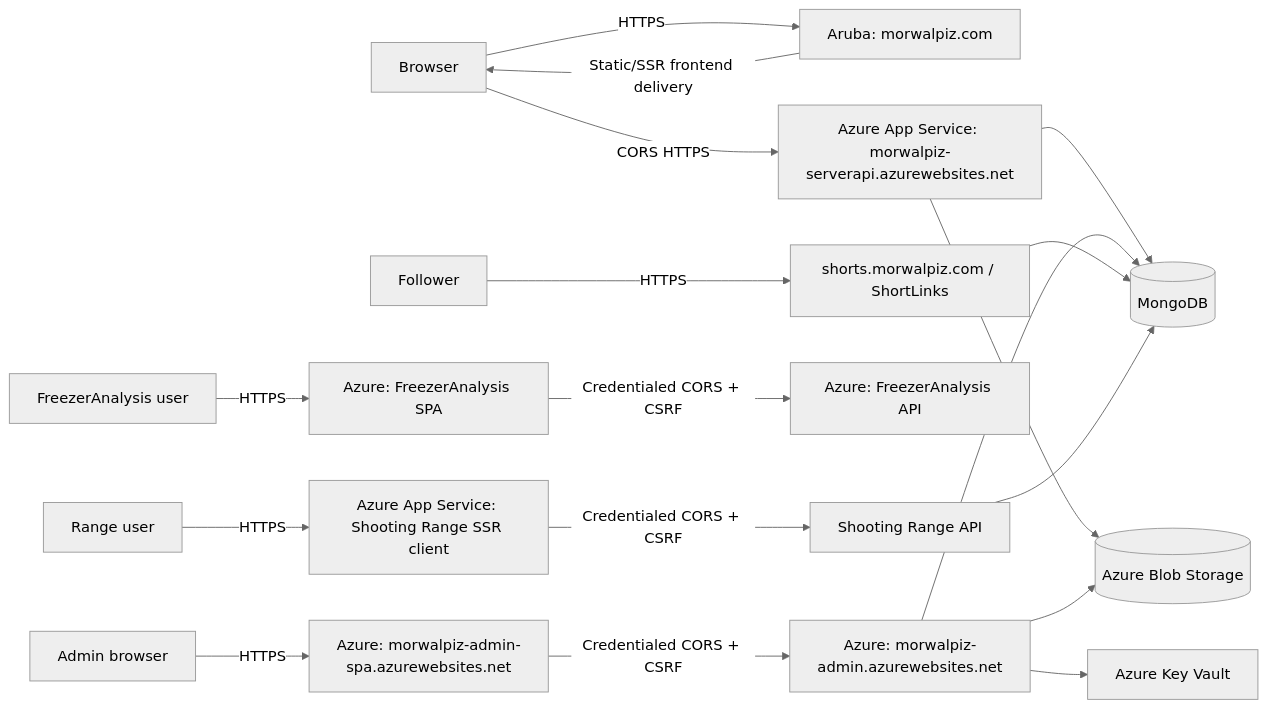
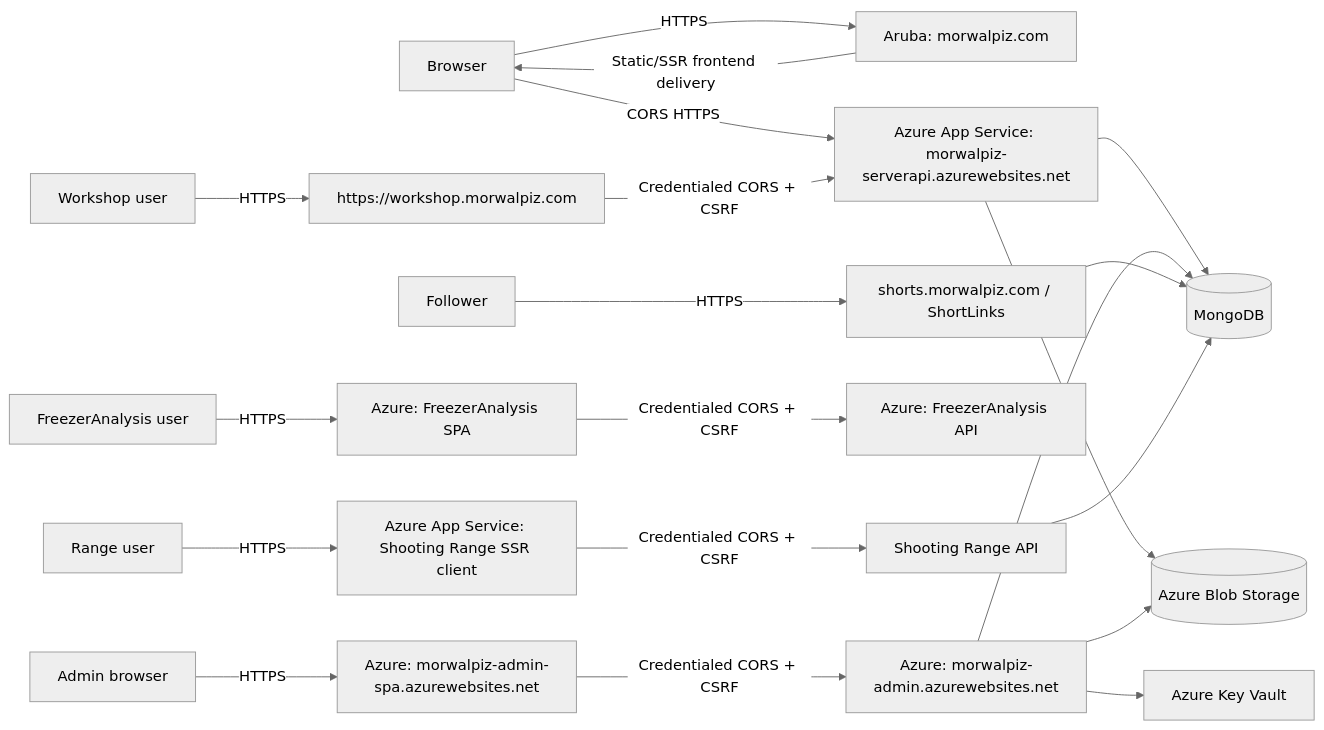
The diagram in docs/architecture/deployment.md (morganpizzini/MorWalPizVideo), drawn with Mermaid (neutral theme) before and after one commit. The commit also changed other lines of this file and 58 other files, not shown here.

````diff
--- a/docs/architecture/deployment.md
+++ b/docs/architecture/deployment.md
@@ -5,20 +5,22 @@
 ```mermaid
 flowchart LR
     Browser[Browser] -->|HTTPS| Aruba[Aruba: morwalpiz.com]
     Aruba -->|Static/SSR frontend delivery| Browser
     Browser -->|CORS HTTPS| API[Azure App Service: morwalpiz-serverapi.azurewebsites.net]
     Admin[Admin browser] -->|HTTPS| AdminSpa[Azure: morwalpiz-admin-spa.azurewebsites.net]
     AdminSpa -->|Credentialed CORS + CSRF| BO[Azure: morwalpiz-admin.azurewebsites.net]
     FreezerUser[FreezerAnalysis user] -->|HTTPS| FreezerSpa[Azure: FreezerAnalysis SPA]
     FreezerSpa -->|Credentialed CORS + CSRF| FreezerAPI[Azure: FreezerAnalysis API]
     Shooter[Range user] -->|HTTPS| ShootingClient[Azure App Service: Shooting Range SSR client]
     ShootingClient -->|Credentialed CORS + CSRF| ShootingAPI[Shooting Range API]
+    WorkshopUser[Workshop user] -->|HTTPS| Workshop[https://workshop.morwalpiz.com]
+    Workshop -->|Credentialed CORS + CSRF| API
     Follower[Follower] -->|HTTPS| Shorts[shorts.morwalpiz.com / ShortLinks]
     API --> Mongo[(MongoDB)]
     BO --> Mongo
     Shorts --> Mongo
     API --> Blob[(Azure Blob Storage)]
     BO --> Blob
     BO --> Vault[Azure Key Vault]
     ShootingAPI --> Mongo
 ```
````
